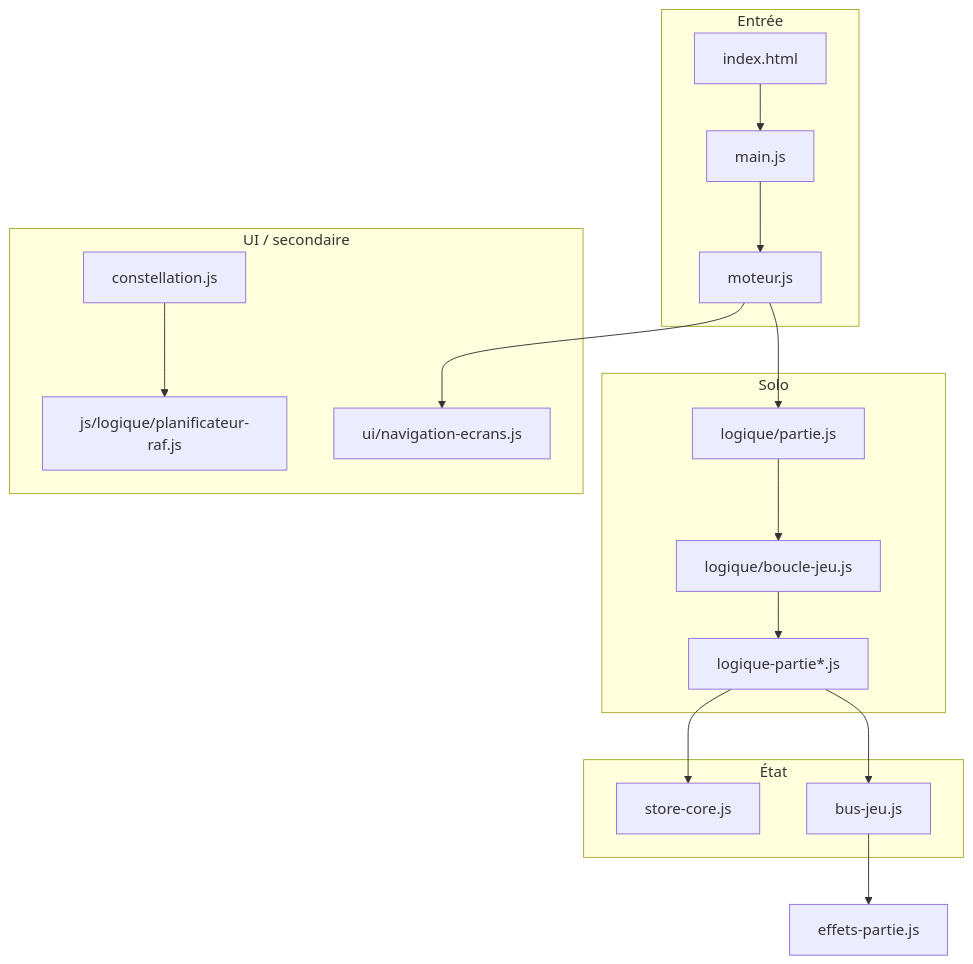
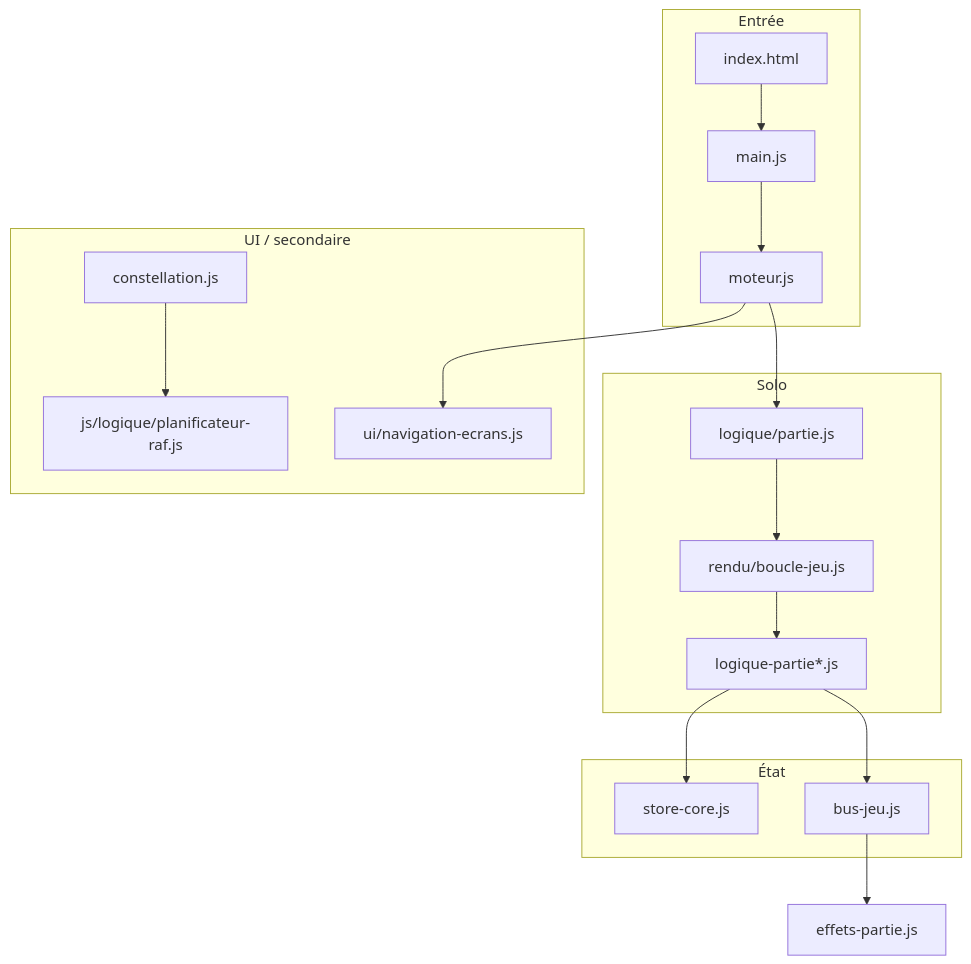
Before and after one commit to Jackavery1/Derni-re-ligne: the diagram in docs/architecture.md, drawn with Mermaid. The commit also changed other lines of this file and 54 other files, not shown here.

First line of the commit message:
fix: débloquer Pages (budget 595) et peeler allowlist logique→rendu

````diff
--- a/docs/architecture.md
+++ b/docs/architecture.md
@@ -113,35 +124,35 @@
 ```mermaid
 flowchart TB
     subgraph entree [Entrée]
         index[index.html]
         main[main.js]
         moteur[moteur.js]
     end
 
     subgraph etat [État]
         store[store-core.js]
         bus[bus-jeu.js]
     end
 
     subgraph solo [Solo]
         partie[logique/partie.js]
-        boucle[logique/boucle-jeu.js]
+        boucle[rendu/boucle-jeu.js]
         logique[logique-partie*.js]
     end
 
     subgraph ui [UI / secondaire]
         nav[ui/navigation-ecrans.js]
         raf[js/logique/planificateur-raf.js]
         constellation[constellation.js]
     end
 
     index --> main --> moteur
     moteur --> nav
     moteur --> partie
     partie --> boucle
     boucle --> logique
     logique --> store
     logique --> bus
     bus --> effets[effets-partie.js]
     constellation --> raf
 ```
````
